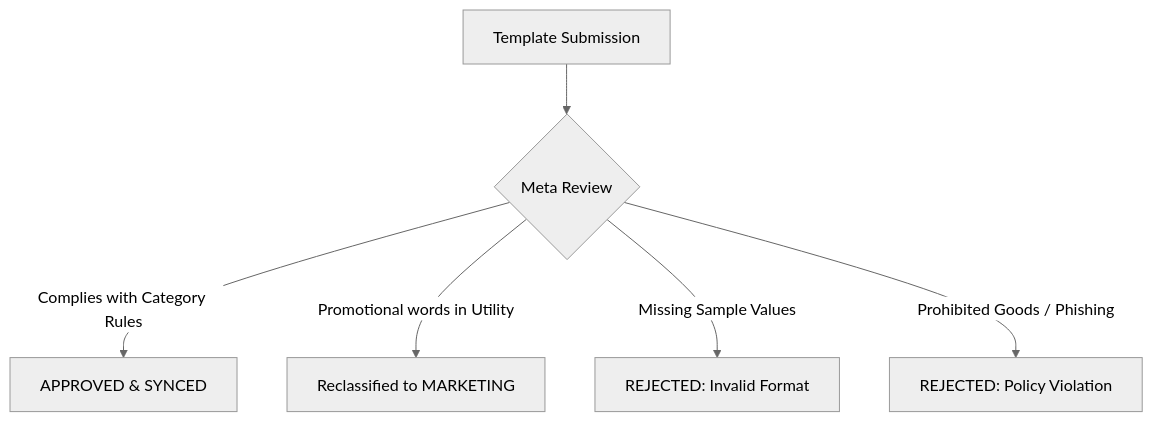
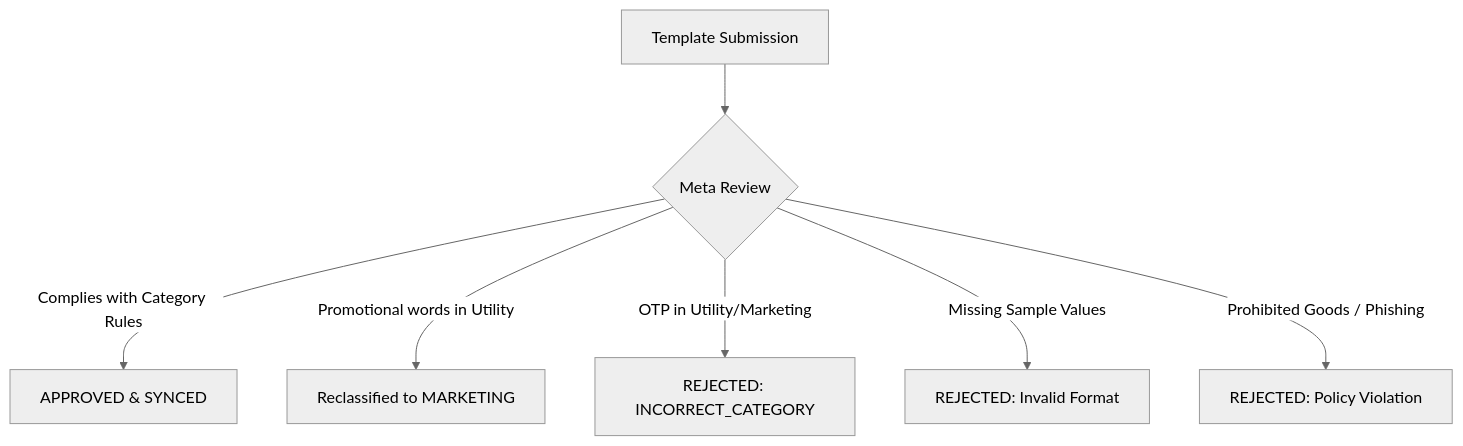
The diagram in content/knowledge-base/whatsapp/templates.md (JuniYadi/projects-green), drawn with Mermaid (neutral theme) before and after one commit. The commit also changed other lines of this file and 38 other files, not shown here.

````diff
--- a/content/knowledge-base/whatsapp/templates.md
+++ b/content/knowledge-base/whatsapp/templates.md
@@ -108,8 +119,9 @@
 ```mermaid
 graph TD
     A[Template Submission] --> B{Meta Review}
     B -->|Complies with Category Rules| C[APPROVED & SYNCED]
     B -->|Promotional words in Utility| D[Reclassified to MARKETING]
+    B -->|OTP in Utility/Marketing| G[REJECTED: INCORRECT_CATEGORY]
     B -->|Missing Sample Values| E[REJECTED: Invalid Format]
     B -->|Prohibited Goods / Phishing| F[REJECTED: Policy Violation]
 ```
````
